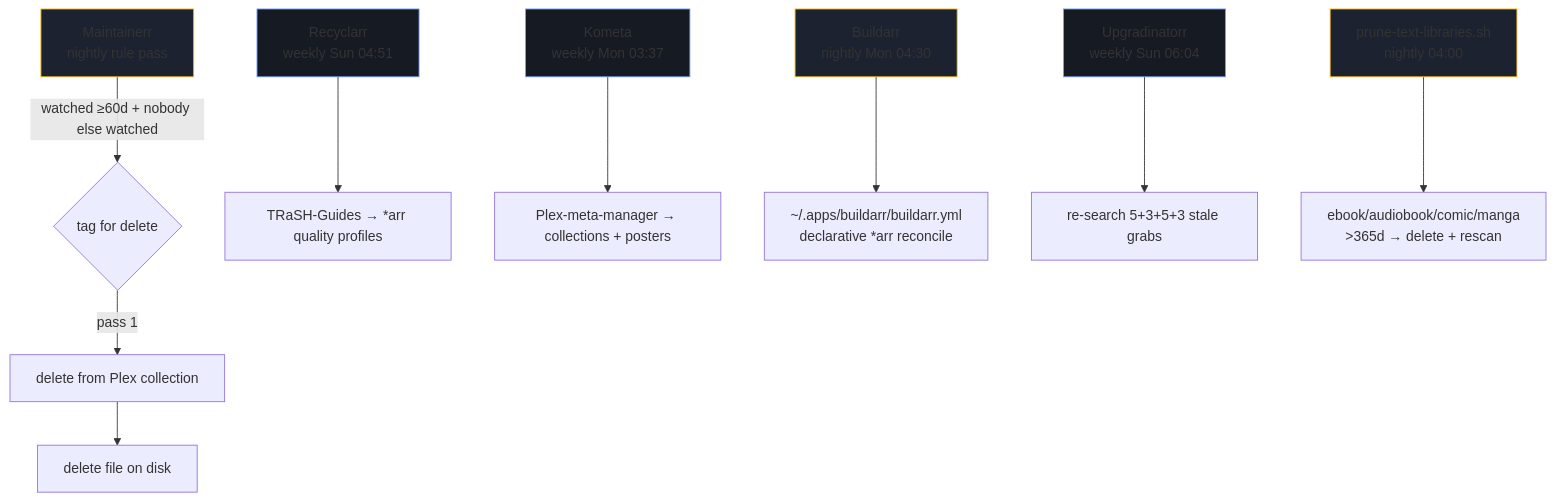
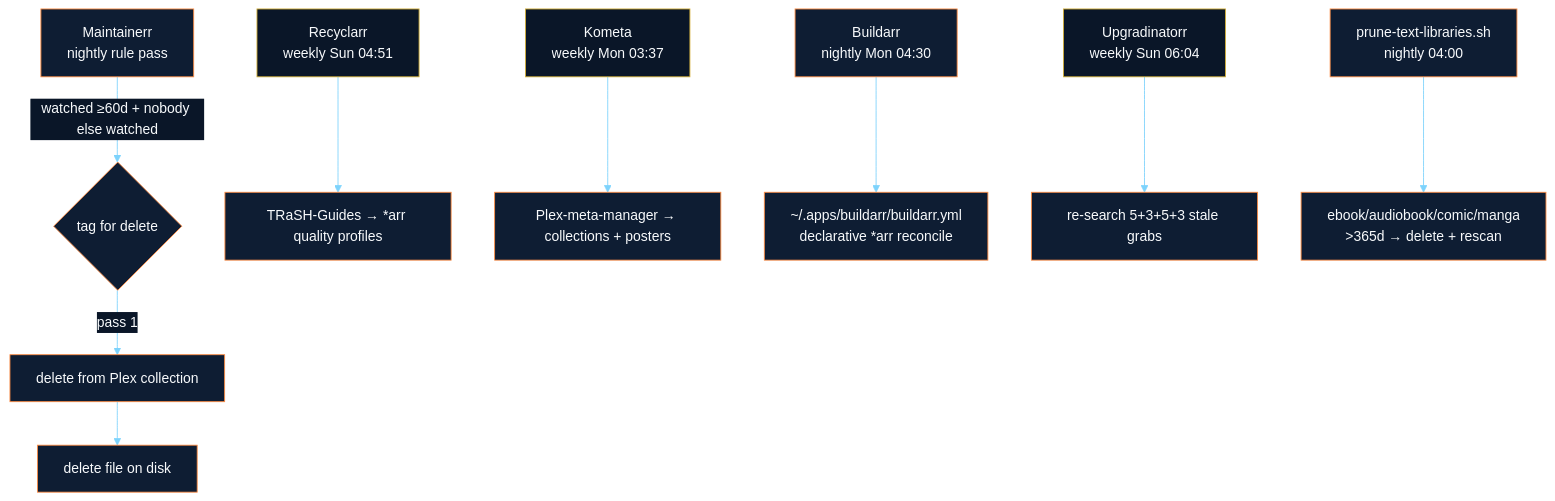
The third of 6 diagrams in README.md (Quadstronaut/QFlix), drawn with Mermaid before and after one commit. The commit also changed other lines of this file and 28 other files, not shown here.

````diff
--- a/README.md
+++ b/README.md
@@ -127,15 +152,16 @@
 ```mermaid
+%%{init: {'theme':'base','themeVariables':{'primaryColor':'#0e1d33','primaryTextColor':'#f8fafc','primaryBorderColor':'#ff8c42','lineColor':'#7dd3fc','secondaryColor':'#05101f','tertiaryColor':'#0a1628','clusterBkg':'#05101f','clusterBorder':'#7dd3fc','edgeLabelBackground':'#0a1628','fontFamily':'Segoe UI, Roboto, sans-serif'}}}%%
 flowchart TB
-  classDef nightly fill:#1d2230,stroke:#fbbf24
-  classDef weekly fill:#161a23,stroke:#7aa2ff
+  classDef nightly fill:#0e1d33,stroke:#ff8c42,color:#f8fafc
+  classDef weekly fill:#0a1628,stroke:#d4af37,color:#f8fafc
   M[Maintainerr<br/>nightly rule pass]:::nightly
   M -->|watched ≥60d + nobody else watched| del{tag for delete}
   del -->|pass 1| collDel[delete from Plex collection]
   collDel --> fileDel[delete file on disk]
 
   R[Recyclarr<br/>weekly Sun 04:51]:::weekly --> trash[TRaSH-Guides → *arr quality profiles]
   K[Kometa<br/>weekly Mon 03:37]:::weekly --> meta[Plex-meta-manager → collections + posters]
   B[Buildarr<br/>nightly Mon 04:30]:::nightly --> yaml[~/.apps/buildarr/buildarr.yml<br/>declarative *arr reconcile]
   U[Upgradinatorr<br/>weekly Sun 06:04]:::weekly --> stale[re-search 5+3+5+3 stale grabs]
   PR[prune-text-libraries.sh<br/>nightly 04:00]:::nightly --> txt[ebook/audiobook/comic/manga<br/>>365d → delete + rescan]
 ```
````
